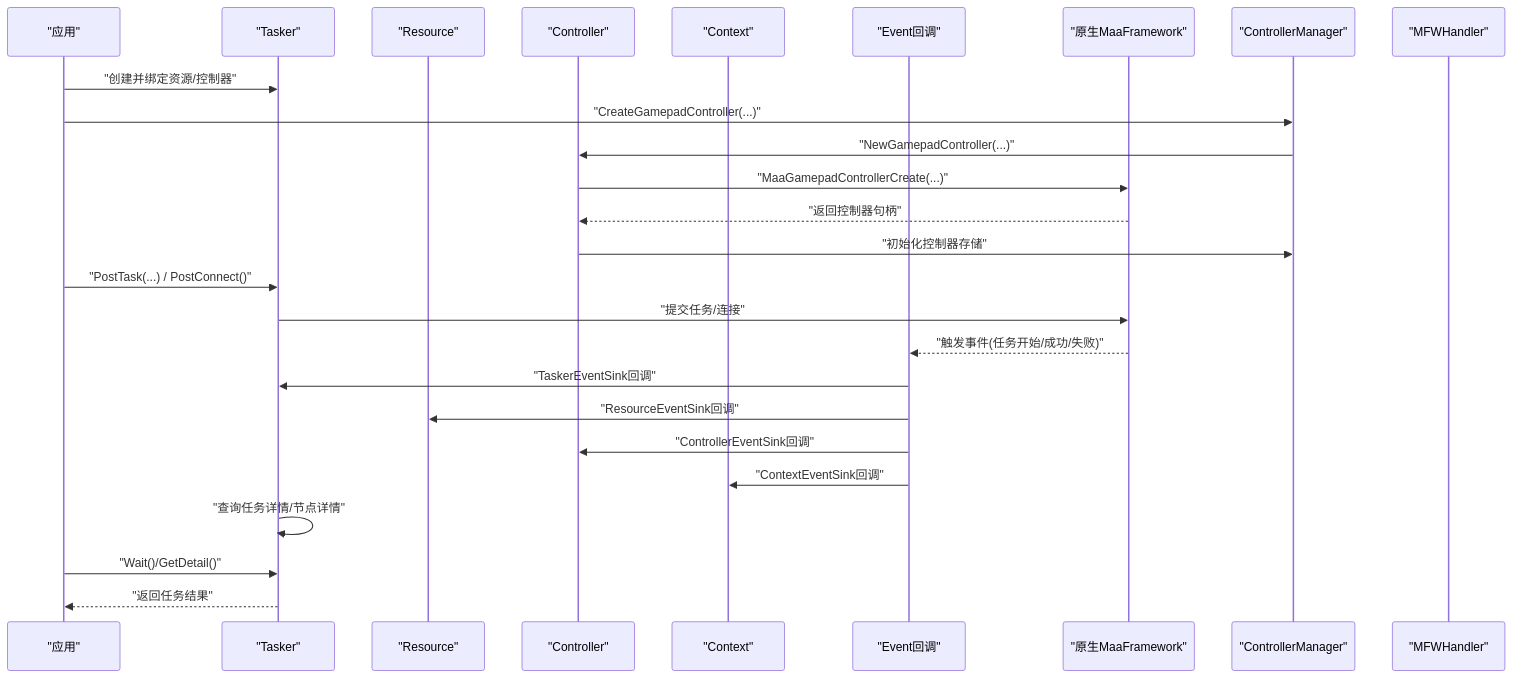
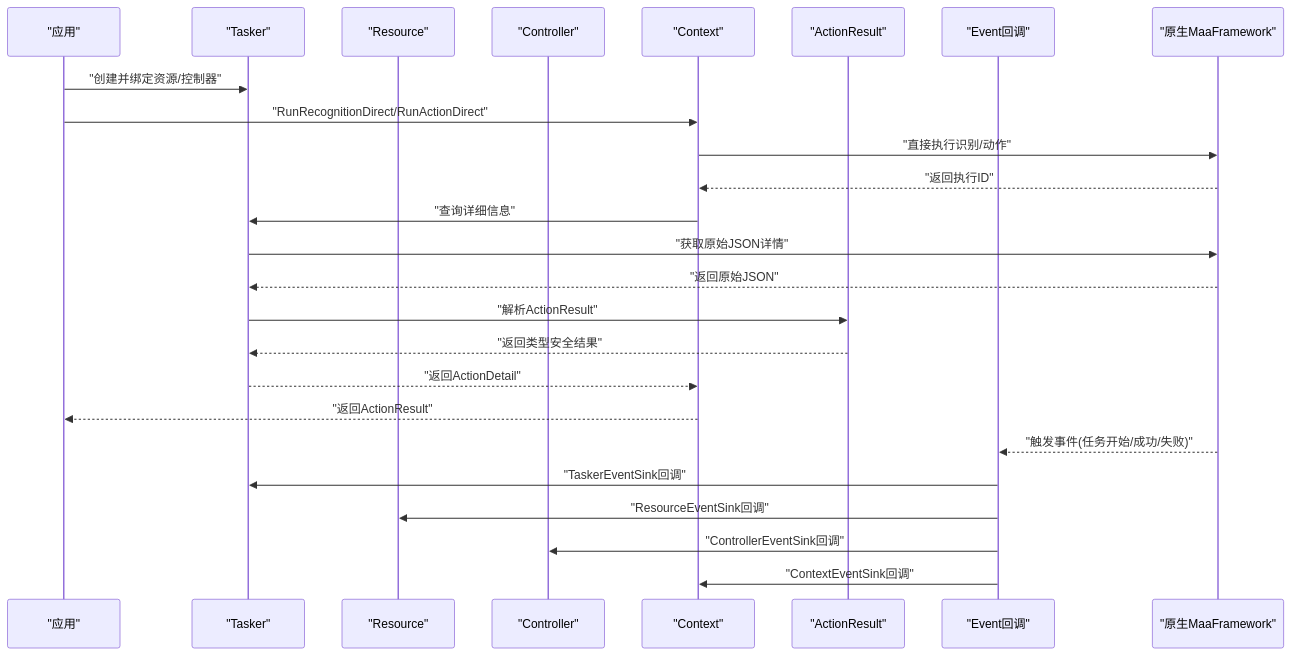
Before and after one commit to kqcoxn/MaaPipelineEditor: the second of 10 diagrams in .qoder/repowiki/zh/content/API 参考/maafw-golang API 参考.md, drawn with Mermaid. The commit also changed other lines of this file and 6 other files, not shown here.

````diff
--- a/.qoder/repowiki/zh/content/API 参考/maafw-golang API 参考.md
+++ b/.qoder/repowiki/zh/content/API 参考/maafw-golang API 参考.md
@@ -134,28 +152,27 @@
 ```mermaid
 sequenceDiagram
 participant App as "应用"
 participant Tasker as "Tasker"
 participant Res as "Resource"
 participant Ctrl as "Controller"
 participant Ctx as "Context"
+participant AR as "ActionResult"
 participant Ev as "Event回调"
 participant Native as "原生MaaFramework"
-participant CM as "ControllerManager"
-participant H as "MFWHandler"
 App->>Tasker : "创建并绑定资源/控制器"
-App->>CM : "CreateGamepadController(...)"
-CM->>Ctrl : "NewGamepadController(...)"
-Ctrl->>Native : "MaaGamepadControllerCreate(...)"
-Native-->>Ctrl : "返回控制器句柄"
-Ctrl->>CM : "初始化控制器存储"
-App->>Tasker : "PostTask(...) / PostConnect()"
-Tasker->>Native : "提交任务/连接"
+App->>Ctx : "RunRecognitionDirect/RunActionDirect"
+Ctx->>Native : "直接执行识别/动作"
+Native-->>Ctx : "返回执行ID"
+Ctx->>Tasker : "查询详细信息"
+Tasker->>Native : "获取原始JSON详情"
+Native-->>Tasker : "返回原始JSON"
+Tasker->>AR : "解析ActionResult"
+AR-->>Tasker : "返回类型安全结果"
+Tasker-->>Ctx : "返回ActionDetail"
+Ctx-->>App : "返回ActionResult"
 Native-->>Ev : "触发事件(任务开始/成功/失败)"
 Ev->>Tasker : "TaskerEventSink回调"
 Ev->>Res : "ResourceEventSink回调"
 Ev->>Ctrl : "ControllerEventSink回调"
 Ev->>Ctx : "ContextEventSink回调"
-Tasker->>Tasker : "查询任务详情/节点详情"
-App->>Tasker : "Wait()/GetDetail()"
-Tasker-->>App : "返回任务结果"
 ```
````
